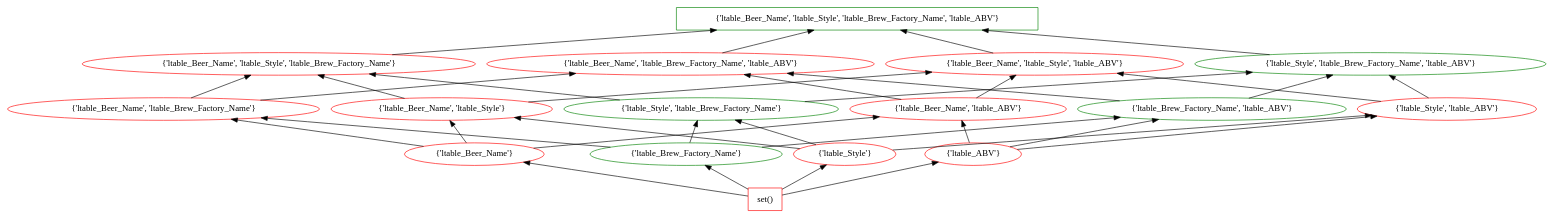
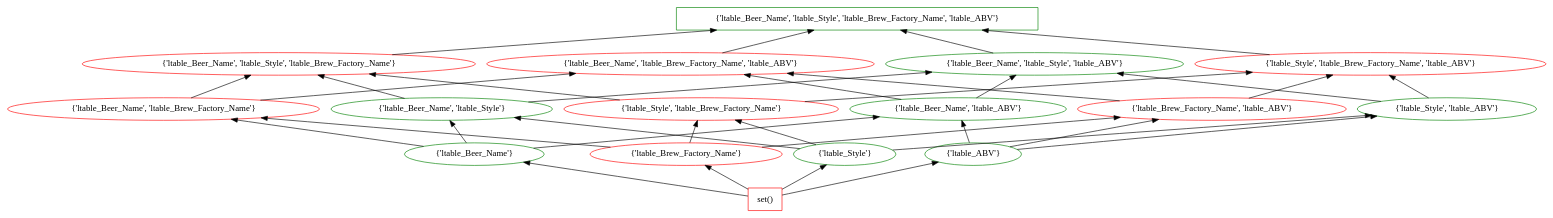
One commit to tteofili/certem changed the diagram in data/beers/deeper/3/lattice_0.dot. Above: the diagram before and after it, drawn with Graphviz. The commit also changed 561 other files, not shown here.

```diff
--- a/data/beers/deeper/3/lattice_0.dot
+++ b/data/beers/deeper/3/lattice_0.dot
@@ -1,54 +1,54 @@
 digraph G {
 splines="line"
 rankdir=BT
 "{'ltable_Beer_Name', 'ltable_Style', 'ltable_Brew_Factory_Name', 'ltable_ABV'}" [shape=box];
 "set()" [shape=box];
 "set()" [color=red];
 "set()" -> "{'ltable_Beer_Name'}";
 "set()" -> "{'ltable_Brew_Factory_Name'}";
 "set()" -> "{'ltable_Style'}";
 "set()" -> "{'ltable_ABV'}";
-"{'ltable_Beer_Name'}" [color=red];
+"{'ltable_Beer_Name'}" [color=green];
 "{'ltable_Beer_Name'}" -> "{'ltable_Beer_Name', 'ltable_Brew_Factory_Name'}";
 "{'ltable_Beer_Name'}" -> "{'ltable_Beer_Name', 'ltable_Style'}";
 "{'ltable_Beer_Name'}" -> "{'ltable_Beer_Name', 'ltable_ABV'}";
-"{'ltable_Brew_Factory_Name'}" [color=green];
+"{'ltable_Brew_Factory_Name'}" [color=red];
 "{'ltable_Brew_Factory_Name'}" -> "{'ltable_Beer_Name', 'ltable_Brew_Factory_Name'}";
 "{'ltable_Brew_Factory_Name'}" -> "{'ltable_Style', 'ltable_Brew_Factory_Name'}";
 "{'ltable_Brew_Factory_Name'}" -> "{'ltable_Brew_Factory_Name', 'ltable_ABV'}";
-"{'ltable_Style'}" [color=red];
+"{'ltable_Style'}" [color=green];
 "{'ltable_Style'}" -> "{'ltable_Beer_Name', 'ltable_Style'}";
 "{'ltable_Style'}" -> "{'ltable_Style', 'ltable_Brew_Factory_Name'}";
 "{'ltable_Style'}" -> "{'ltable_Style', 'ltable_ABV'}";
-"{'ltable_ABV'}" [color=red];
+"{'ltable_ABV'}" [color=green];
 "{'ltable_ABV'}" -> "{'ltable_Beer_Name', 'ltable_ABV'}";
 "{'ltable_ABV'}" -> "{'ltable_Brew_Factory_Name', 'ltable_ABV'}";
 "{'ltable_ABV'}" -> "{'ltable_Style', 'ltable_ABV'}";
 "{'ltable_Beer_Name', 'ltable_Brew_Factory_Name'}" [color=red];
 "{'ltable_Beer_Name', 'ltable_Brew_Factory_Name'}" -> "{'ltable_Beer_Name', 'ltable_Style', 'ltable_Brew_Factory_Name'}";
 "{'ltable_Beer_Name', 'ltable_Brew_Factory_Name'}" -> "{'ltable_Beer_Name', 'ltable_Brew_Factory_Name', 'ltable_ABV'}";
-"{'ltable_Beer_Name', 'ltable_Style'}" [color=red];
+"{'ltable_Beer_Name', 'ltable_Style'}" [color=green];
 "{'ltable_Beer_Name', 'ltable_Style'}" -> "{'ltable_Beer_Name', 'ltable_Style', 'ltable_Brew_Factory_Name'}";
 "{'ltable_Beer_Name', 'ltable_Style'}" -> "{'ltable_Beer_Name', 'ltable_Style', 'ltable_ABV'}";
-"{'ltable_Beer_Name', 'ltable_ABV'}" [color=red];
+"{'ltable_Beer_Name', 'ltable_ABV'}" [color=green];
 "{'ltable_Beer_Name', 'ltable_ABV'}" -> "{'ltable_Beer_Name', 'ltable_Brew_Factory_Name', 'ltable_ABV'}";
 "{'ltable_Beer_Name', 'ltable_ABV'}" -> "{'ltable_Beer_Name', 'ltable_Style', 'ltable_ABV'}";
-"{'ltable_Style', 'ltable_Brew_Factory_Name'}" [color=green];
+"{'ltable_Style', 'ltable_Brew_Factory_Name'}" [color=red];
 "{'ltable_Style', 'ltable_Brew_Factory_Name'}" -> "{'ltable_Beer_Name', 'ltable_Style', 'ltable_Brew_Factory_Name'}";
 "{'ltable_Style', 'ltable_Brew_Factory_Name'}" -> "{'ltable_Style', 'ltable_Brew_Factory_Name', 'ltable_ABV'}";
-"{'ltable_Brew_Factory_Name', 'ltable_ABV'}" [color=green];
+"{'ltable_Brew_Factory_Name', 'ltable_ABV'}" [color=red];
 "{'ltable_Brew_Factory_Name', 'ltable_ABV'}" -> "{'ltable_Beer_Name', 'ltable_Brew_Factory_Name', 'ltable_ABV'}";
 "{'ltable_Brew_Factory_Name', 'ltable_ABV'}" -> "{'ltable_Style', 'ltable_Brew_Factory_Name', 'ltable_ABV'}";
-"{'ltable_Style', 'ltable_ABV'}" [color=red];
+"{'ltable_Style', 'ltable_ABV'}" [color=green];
 "{'ltable_Style', 'ltable_ABV'}" -> "{'ltable_Beer_Name', 'ltable_Style', 'ltable_ABV'}";
 "{'ltable_Style', 'ltable_ABV'}" -> "{'ltable_Style', 'ltable_Brew_Factory_Name', 'ltable_ABV'}";
 "{'ltable_Beer_Name', 'ltable_Style', 'ltable_Brew_Factory_Name'}" [color=red];
 "{'ltable_Beer_Name', 'ltable_Style', 'ltable_Brew_Factory_Name'}" -> "{'ltable_Beer_Name', 'ltable_Style', 'ltable_Brew_Factory_Name', 'ltable_ABV'}";
 "{'ltable_Beer_Name', 'ltable_Brew_Factory_Name', 'ltable_ABV'}" [color=red];
 "{'ltable_Beer_Name', 'ltable_Brew_Factory_Name', 'ltable_ABV'}" -> "{'ltable_Beer_Name', 'ltable_Style', 'ltable_Brew_Factory_Name', 'ltable_ABV'}";
-"{'ltable_Beer_Name', 'ltable_Style', 'ltable_ABV'}" [color=red];
+"{'ltable_Beer_Name', 'ltable_Style', 'ltable_ABV'}" [color=green];
 "{'ltable_Beer_Name', 'ltable_Style', 'ltable_ABV'}" -> "{'ltable_Beer_Name', 'ltable_Style', 'ltable_Brew_Factory_Name', 'ltable_ABV'}";
-"{'ltable_Style', 'ltable_Brew_Factory_Name', 'ltable_ABV'}" [color=green];
+"{'ltable_Style', 'ltable_Brew_Factory_Name', 'ltable_ABV'}" [color=red];
 "{'ltable_Style', 'ltable_Brew_Factory_Name', 'ltable_ABV'}" -> "{'ltable_Beer_Name', 'ltable_Style', 'ltable_Brew_Factory_Name', 'ltable_ABV'}";
 "{'ltable_Beer_Name', 'ltable_Style', 'ltable_Brew_Factory_Name', 'ltable_ABV'}" [color=green];
 }
```
